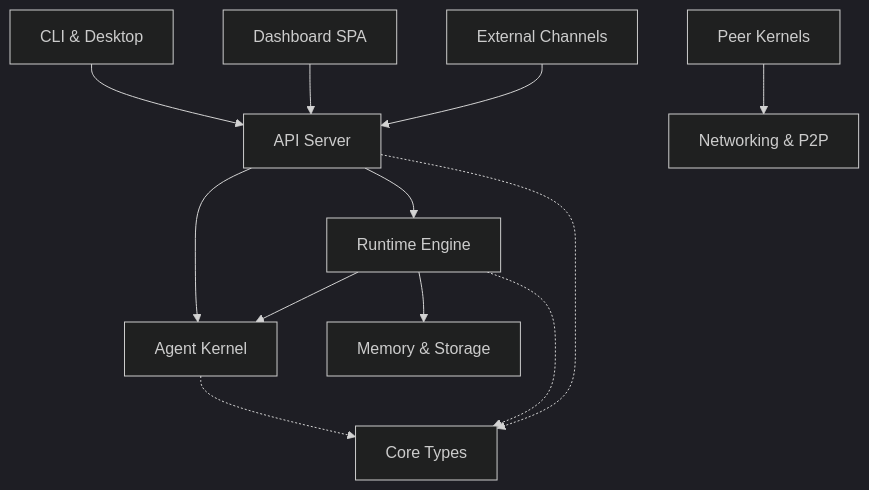
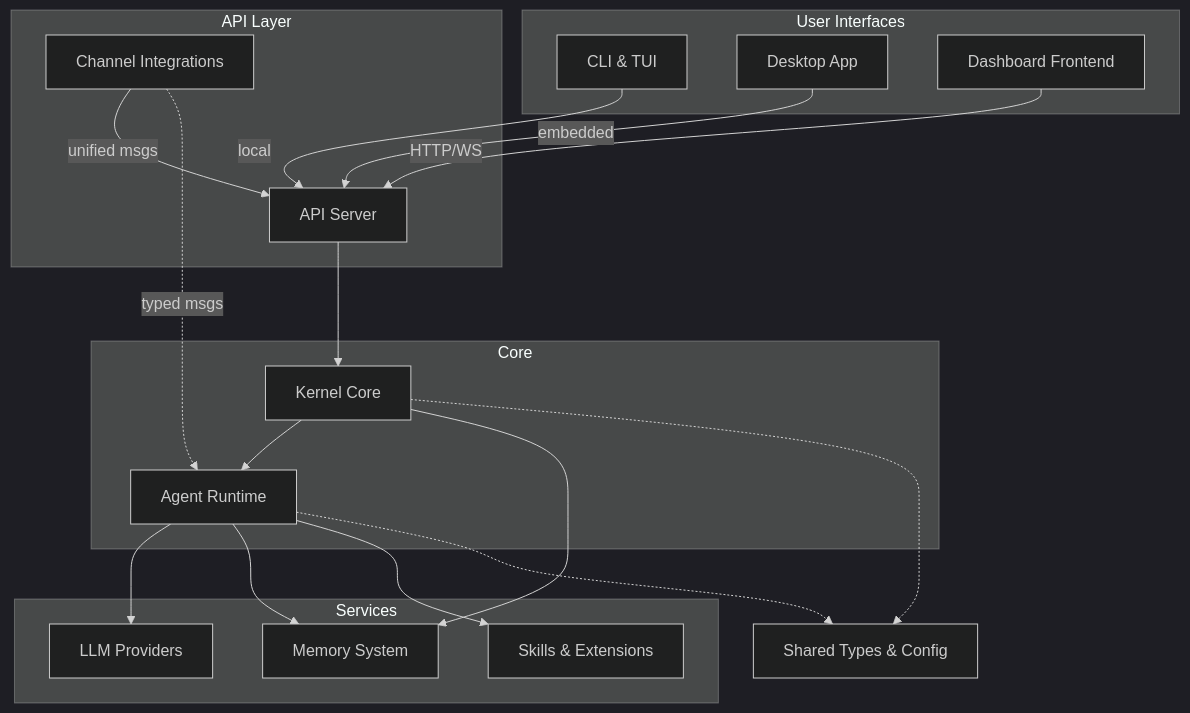
The diagram in overview.md (leszek3737/librefang-WIki), drawn with Mermaid (dark theme) before and after one commit. The commit also changed other lines of this file and 120 other files, not shown here.

````diff
--- a/overview.md
+++ b/overview.md
@@ -9,26 +9,40 @@
 ```mermaid
 graph TD
-    CLI[CLI & Desktop]
-    DASH[Dashboard SPA]
-    EXT[External Channels]
-    PEER[Peer Kernels]
+    subgraph "User Interfaces"
+        CLI[CLI & TUI]
+        DSK[Desktop App]
+        DASH[Dashboard Frontend]
+    end
 
-    API[API Server]
-    KERNEL[Agent Kernel]
-    RUNTIME[Runtime Engine]
-    MEMORY[Memory & Storage]
+    subgraph "API Layer"
+        API[API Server]
+        CH[Channel Integrations]
+    end
 
-    CLI --> API
-    DASH --> API
-    EXT --> API
-    PEER --> WIRE[Networking & P2P]
+    subgraph "Core"
+        KERNEL[Kernel Core]
+        RUNTIME[Agent Runtime]
+    end
 
+    subgraph "Services"
+        LLM[LLM Providers]
+        MEM[Memory System]
+        SKILLS[Skills & Extensions]
+    end
+
+    FOUNDATION[Shared Types & Config]
+
+    DASH -->|HTTP/WS| API
+    DSK -->|embedded| API
+    CLI -->|local| API
+    CH -->|unified msgs| API
     API --> KERNEL
-    API --> RUNTIME
-    RUNTIME --> KERNEL
-    RUNTIME --> MEMORY
-
-    KERNEL -.-> TYPES[Core Types]
-    RUNTIME -.-> TYPES
-    API -.-> TYPES
+    KERNEL --> RUNTIME
+    RUNTIME --> LLM
+    RUNTIME --> MEM
+    RUNTIME --> SKILLS
+    KERNEL --> MEM
+    CH -.->|typed msgs| RUNTIME
+    RUNTIME -.-> FOUNDATION
+    KERNEL -.-> FOUNDATION
 ```
````
